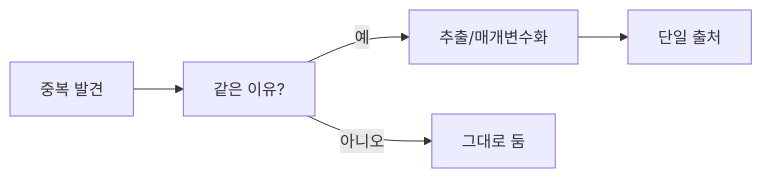
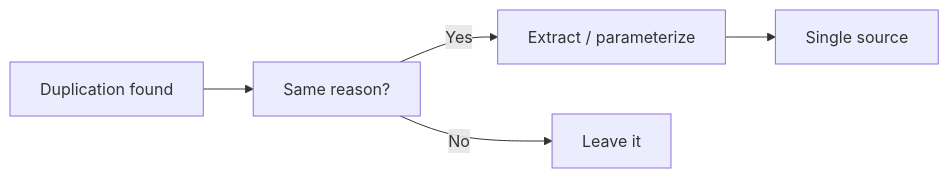
One commit to yeongseon-books/book-content changed the diagram in content/clean-code-101/ko/05-removing-duplication.md. Above: the diagram before and after it, drawn with Mermaid. The commit also changed other lines of this file and 9 other files, not shown here.

````diff
--- a/content/clean-code-101/ko/05-removing-duplication.md
+++ b/content/clean-code-101/ko/05-removing-duplication.md
@@ -40,7 +46,7 @@
 ```mermaid
 flowchart LR
-    D["중복 발견"] --> S["같은 이유?"]
-    S -->|예| E["추출/매개변수화"]
-    S -->|아니오| K["그대로 둠"]
-    E --> R["단일 출처"]
+    D["Duplication found"] --> S["Same reason?"]
+    S -->|Yes| E["Extract / parameterize"]
+    S -->|No| K["Leave it"]
+    E --> R["Single source"]
 ```
````
